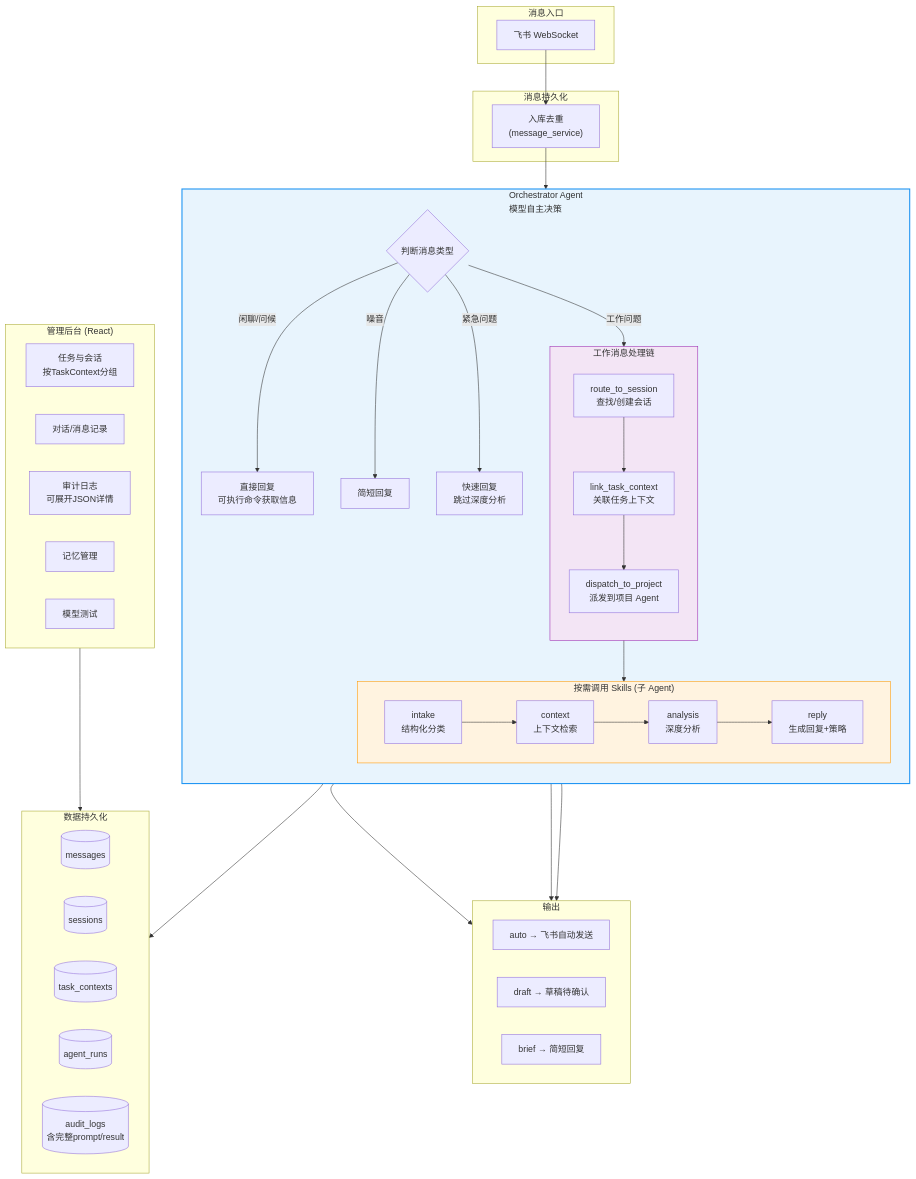
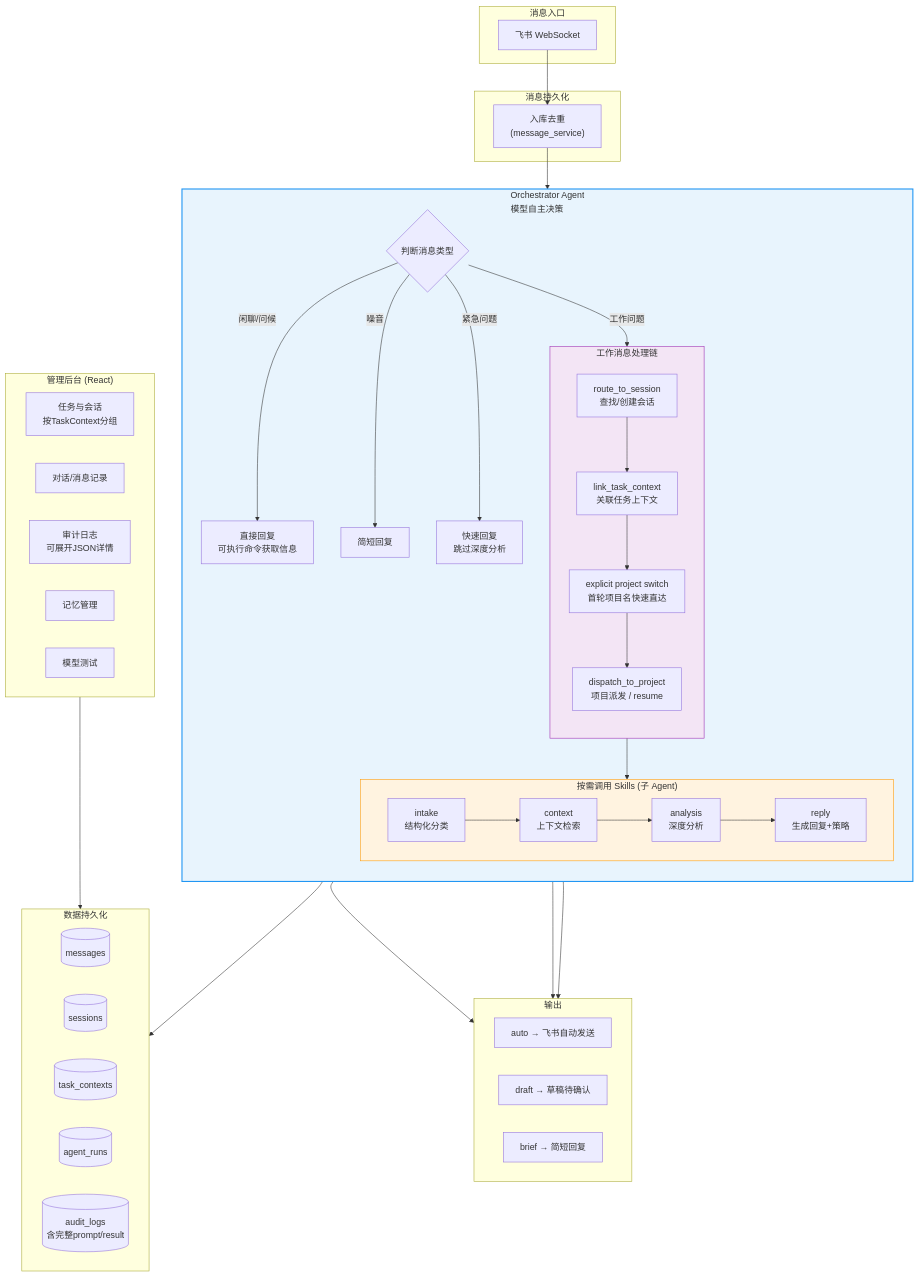
Before and after one commit to weifuchow/work-agent-os: the diagram in README.md, drawn with Mermaid. The commit also changed other lines of this file and 2 other files, not shown here.

Commit message:
docs: refresh project docs and workflows

````diff
--- a/README.md
+++ b/README.md
@@ -7,73 +7,74 @@
 ```mermaid
 flowchart TB
     subgraph Input["消息入口"]
         Feishu["飞书 WebSocket"]
     end
 
     subgraph Persist["消息持久化"]
         Save["入库去重<br/>(message_service)"]
     end
 
     subgraph Orchestrator["Orchestrator Agent<br/>模型自主决策"]
         direction TB
         Judge{"判断消息类型"}
 
         Judge -->|"闲聊/问候"| DirectReply["直接回复<br/>可执行命令获取信息"]
         Judge -->|"噪音"| Brief["简短回复"]
         Judge -->|"工作问题"| WorkFlow
         Judge -->|"紧急问题"| UrgentFlow["快速回复<br/>跳过深度分析"]
 
         subgraph WorkFlow["工作消息处理链"]
             direction TB
             Route["route_to_session<br/>查找/创建会话"]
             Link["link_task_context<br/>关联任务上下文"]
-            Dispatch["dispatch_to_project<br/>派发到项目 Agent"]
-            Route --> Link --> Dispatch
+            FastProject["explicit project switch<br/>首轮项目名快速直达"]
+            Dispatch["dispatch_to_project<br/>项目派发 / resume"]
+            Route --> Link --> FastProject --> Dispatch
         end
 
         subgraph Skills["按需调用 Skills (子 Agent)"]
             direction LR
             Intake["intake<br/>结构化分类"]
             Context["context<br/>上下文检索"]
             Analysis["analysis<br/>深度分析"]
             Reply["reply<br/>生成回复+策略"]
         end
 
         WorkFlow --> Skills
         Intake --> Context --> Analysis --> Reply
     end
 
     subgraph Output["输出"]
         Auto["auto → 飞书自动发送"]
         Draft["draft → 草稿待确认"]
         BriefOut["brief → 简短回复"]
     end
 
     subgraph DB["数据持久化"]
         Messages[(messages)]
         Sessions[(sessions)]
         TaskCtx[(task_contexts)]
         AgentRuns[(agent_runs)]
         AuditLogs[(audit_logs<br/>含完整prompt/result)]
     end
 
     subgraph AdminUI["管理后台 (React)"]
         TaskView["任务与会话<br/>按TaskContext分组"]
         ConvView["对话/消息记录"]
         AuditView["审计日志<br/>可展开JSON详情"]
         MemoryView["记忆管理"]
         Playground["模型测试"]
     end
 
     Feishu --> Save --> Orchestrator
     Reply --> Output
     UrgentFlow --> Output
     DirectReply --> Output
 
     Orchestrator --> DB
     AdminUI --> DB
 
     style Orchestrator fill:#e8f4fd,stroke:#2196F3,stroke-width:2px
     style Skills fill:#fff3e0,stroke:#FF9800,stroke-width:1px
     style WorkFlow fill:#f3e5f5,stroke:#9C27B0,stroke-width:1px
 ```
````
